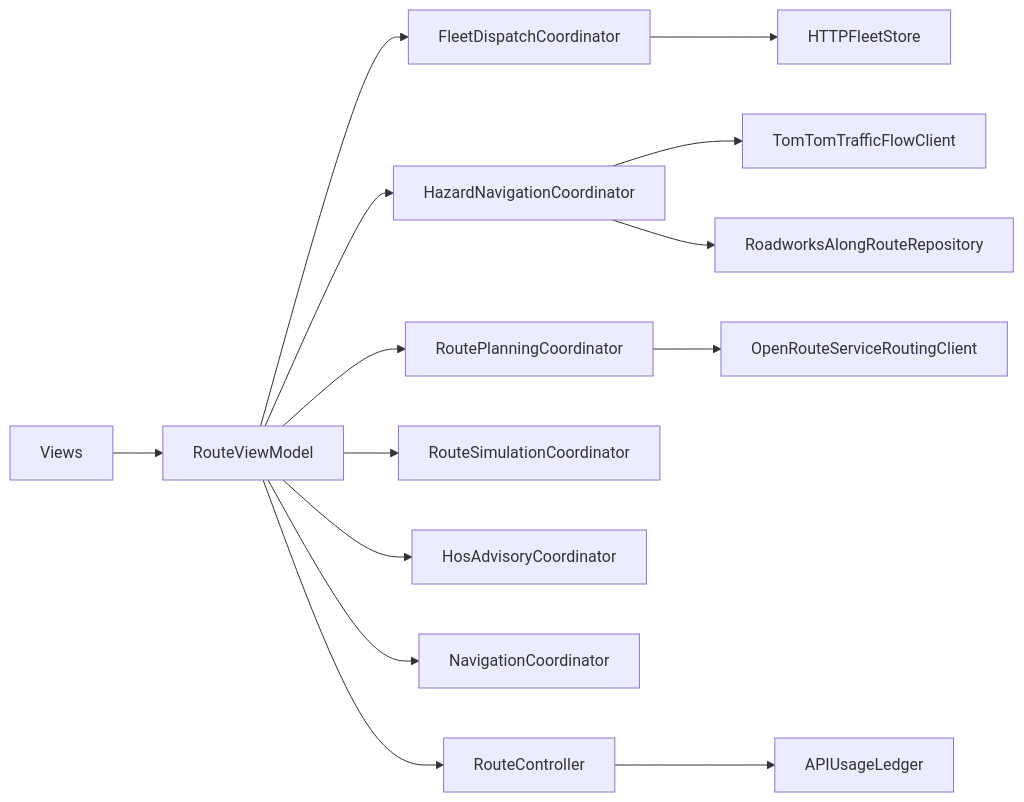
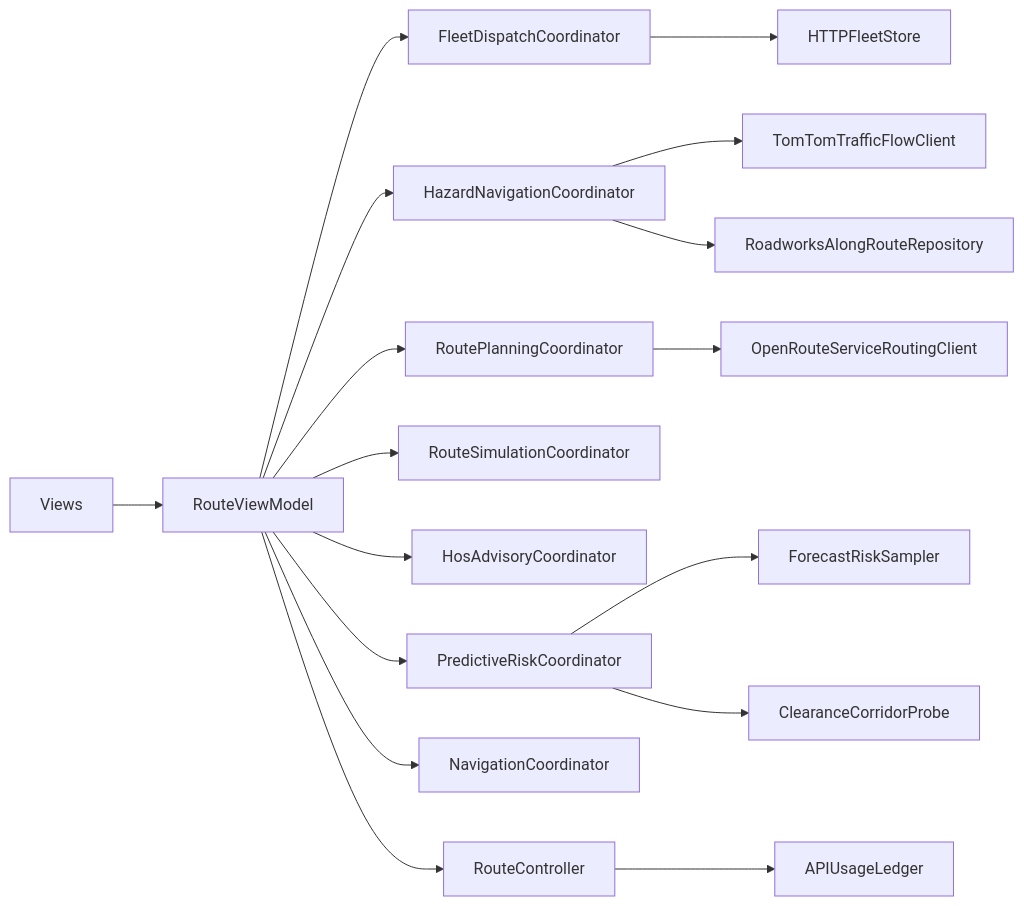
Before and after one commit to thesnjk/RouteFinder: the second of 2 diagrams in Docs/architecture.md, drawn with Mermaid. The commit also changed other lines of this file and 114 other files, not shown here.

````diff
--- a/Docs/architecture.md
+++ b/Docs/architecture.md
@@ -52,16 +55,19 @@
 ```mermaid
 flowchart LR
     Views --> RouteViewModel
     RouteViewModel --> FleetDispatchCoordinator
     RouteViewModel --> HazardNavigationCoordinator
     RouteViewModel --> RoutePlanningCoordinator
     RouteViewModel --> RouteSimulationCoordinator
     RouteViewModel --> HosAdvisoryCoordinator
+    RouteViewModel --> PredictiveRiskCoordinator
     RouteViewModel --> NavigationCoordinator
     FleetDispatchCoordinator --> HTTPFleetStore
     HazardNavigationCoordinator --> TomTomTrafficFlowClient
     HazardNavigationCoordinator --> RoadworksAlongRouteRepository
+    PredictiveRiskCoordinator --> ForecastRiskSampler
+    PredictiveRiskCoordinator --> ClearanceCorridorProbe
     RoutePlanningCoordinator --> OpenRouteServiceRoutingClient
     RouteViewModel --> RouteController
     RouteController --> APIUsageLedger
 ```
````
